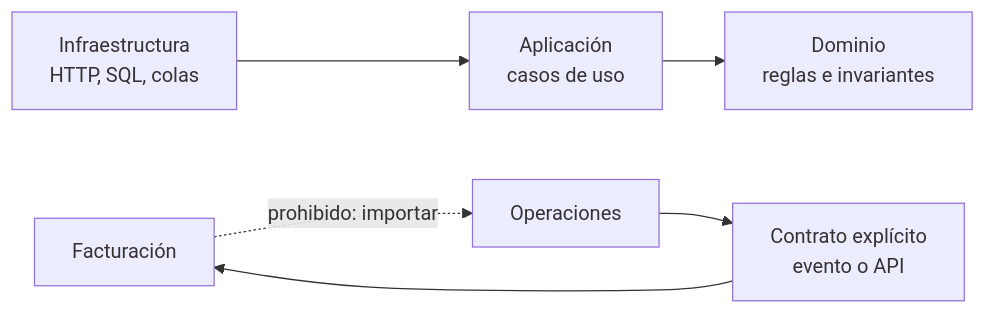
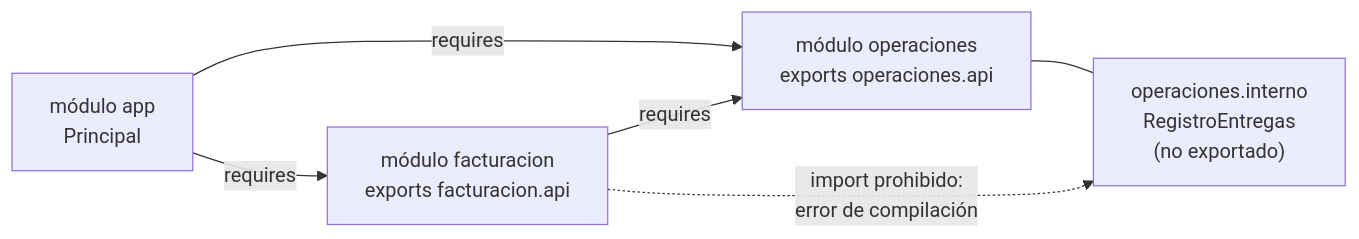
One commit to NICORUIZ93/The_Imperial_Book changed the first of 4 diagrams in web/public/content/arquitectura/modulo-3.md. Above: the diagram before and after it, drawn with Mermaid. The commit also changed other lines of this file and 3 other files, not shown here.

````diff
--- a/web/public/content/arquitectura/modulo-3.md
+++ b/web/public/content/arquitectura/modulo-3.md
@@ -19,8 +130,8 @@
 ```mermaid
 flowchart LR
-  I["Infraestructura<br/>HTTP, SQL, colas"] --> A["Aplicación<br/>casos de uso"]
-  A --> D["Dominio<br/>reglas e invariantes"]
-  X["Facturación"] -. "prohibido: importar" .-> O["Operaciones"]
-  O --> C["Contrato explícito<br/>evento o API"]
-  C --> X
+    APP["módulo app<br/>Principal"] -->|requires| FAC["módulo facturacion<br/>exports facturacion.api"]
+    APP -->|requires| OPE["módulo operaciones<br/>exports operaciones.api"]
+    FAC -->|requires| OPE
+    OPE --- INT["operaciones.interno<br/>RegistroEntregas<br/>(no exportado)"]
+    FAC -. "import prohibido:<br/>error de compilación" .-> INT
 ```
````
